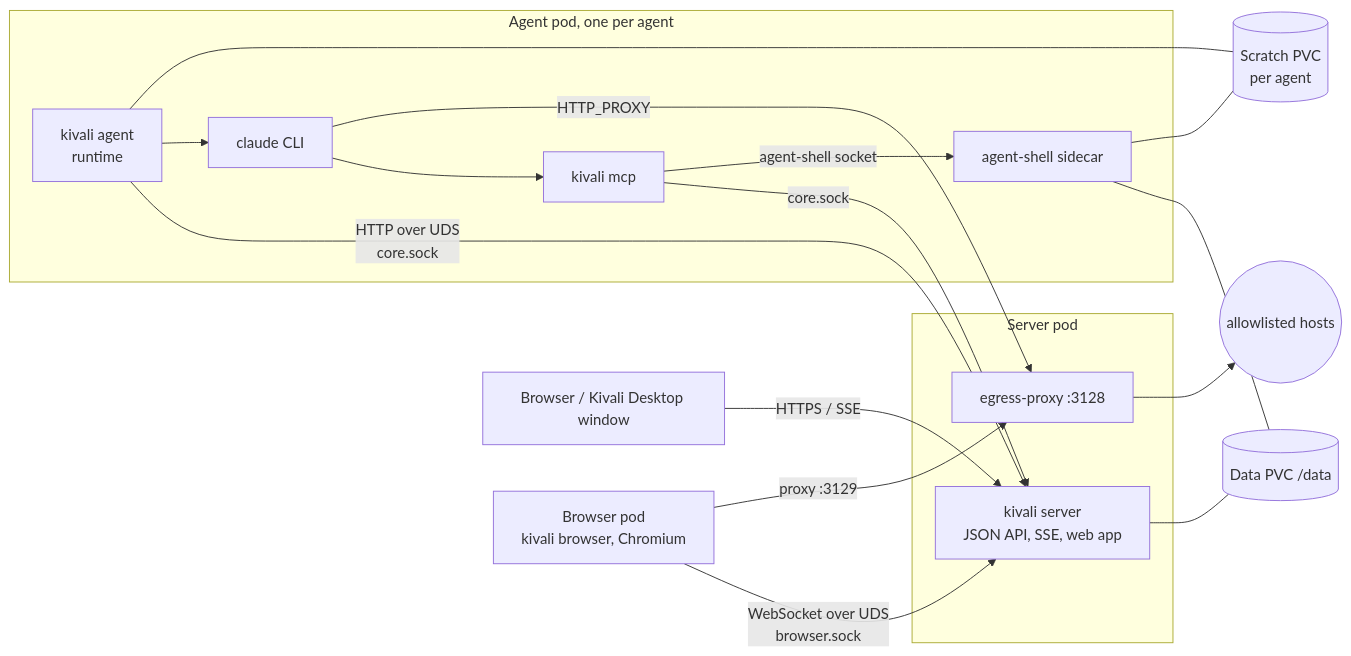
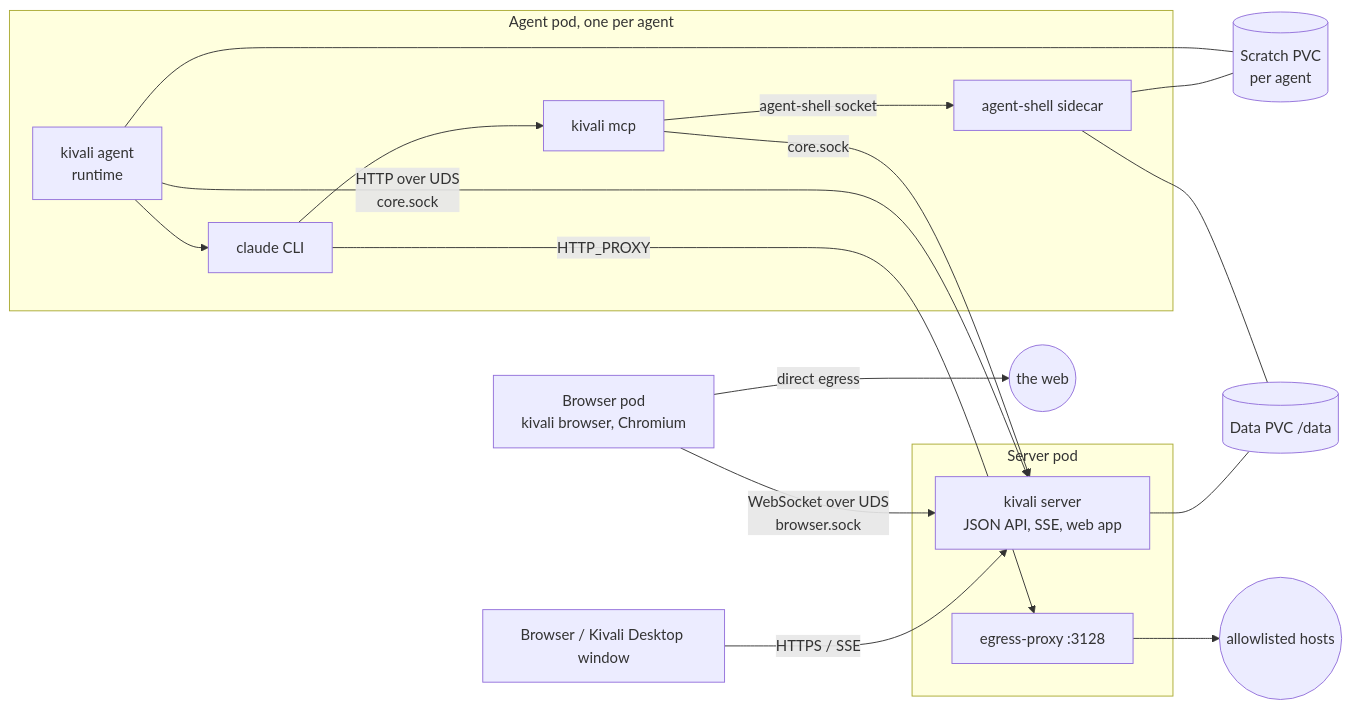
One commit to kivali-ai/kivali changed the first of 2 diagrams in docs/developers/architecture.md. Above: the diagram before and after it, drawn with Mermaid. The commit also changed other lines of this file and 51 other files, not shown here.

First line of the commit message:
Ship the browser image with the others, keep nothing in the open session, give browser pods direct egress

````diff
--- a/docs/developers/architecture.md
+++ b/docs/developers/architecture.md
@@ -10,28 +10,28 @@
 ```mermaid
 flowchart LR
   browser[Browser / Kivali Desktop window]
   subgraph server_pod[Server pod]
     core[kivali server<br/>JSON API, SSE, web app]
     proxy[egress-proxy :3128]
   end
   subgraph agent_pod[Agent pod, one per agent]
     runtime[kivali agent<br/>runtime]
     cli[claude CLI]
     mcp[kivali mcp]
     shell[agent-shell sidecar]
   end
   data[(Data PVC /data)]
   scratch[(Scratch PVC<br/>per agent)]
   browser -- HTTPS / SSE --> core
   core --- data
   runtime -- HTTP over UDS<br/>core.sock --> core
   runtime --> cli --> mcp
   mcp -- core.sock --> core
   browserpod[Browser pod<br/>kivali browser, Chromium] -- WebSocket over UDS<br/>browser.sock --> core
-  browserpod -- proxy :3129 --> proxy
+  browserpod -- direct egress --> web((the web))
   mcp -- agent-shell socket --> shell
   shell --- data
   shell --- scratch
   runtime --- scratch
   cli -- HTTP_PROXY --> proxy --> internet((allowlisted hosts))
 ```
````
